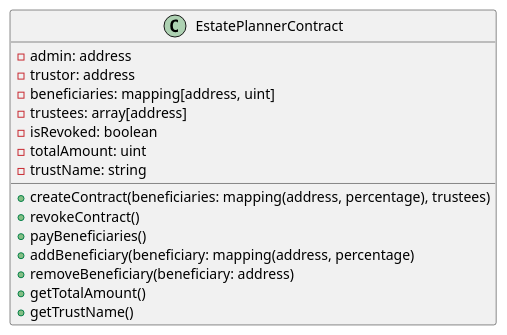
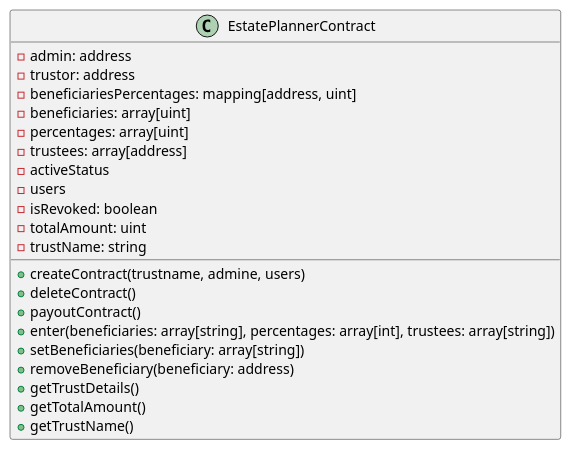
The diagram in public/proposal-cd.puml (charmas3r/estate-planner), drawn with PlantUML before and after one commit. The commit also changed 1 other file, not shown here.

Commit message:
final diagrams

```diff
--- a/public/proposal-cd.puml
+++ b/public/proposal-cd.puml
@@ -1,22 +1,28 @@
 @startuml
 'https://plantuml.com/class-diagram
 
 class EstatePlannerContract {
 -admin: address
 -trustor: address
--beneficiaries: mapping[address, uint]
+-beneficiariesPercentages: mapping[address, uint]
+-beneficiaries: array[uint]
+-percentages: array[uint]
 -trustees: array[address]
+-activeStatus
+-users
 -isRevoked: boolean
 -totalAmount: uint
 -trustName: string
 
-+createContract(beneficiaries: mapping(address, percentage), trustees)
-+revokeContract()
-+payBeneficiaries()
-+addBeneficiary(beneficiary: mapping(address, percentage)
++createContract(trustname, admine, users)
++deleteContract()
++payoutContract()
++enter(beneficiaries: array[string], percentages: array[int], trustees: array[string])
++setBeneficiaries(beneficiary: array[string])
 +removeBeneficiary(beneficiary: address)
++getTrustDetails()
 +getTotalAmount()
 +getTrustName()
 }
 
 @enduml
```
